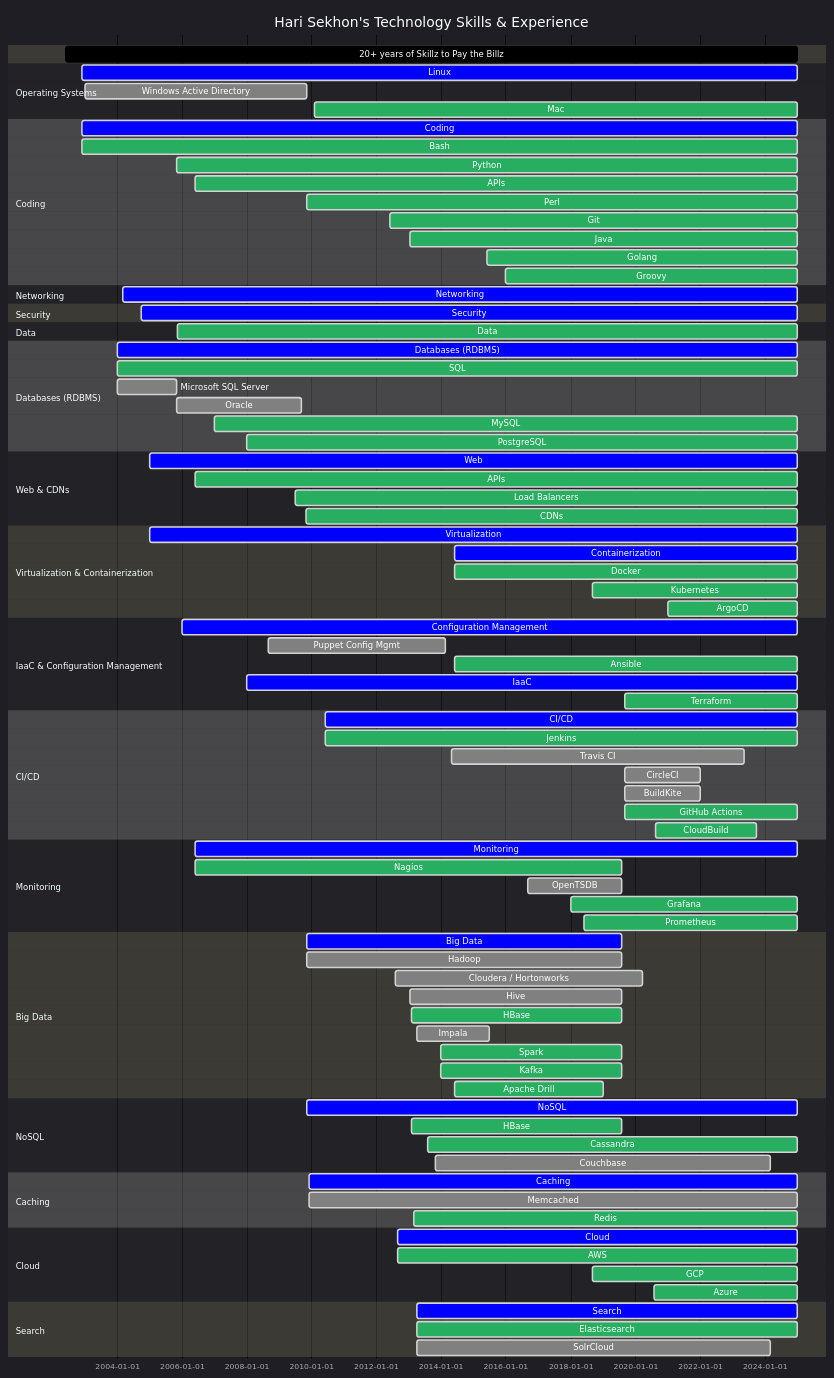
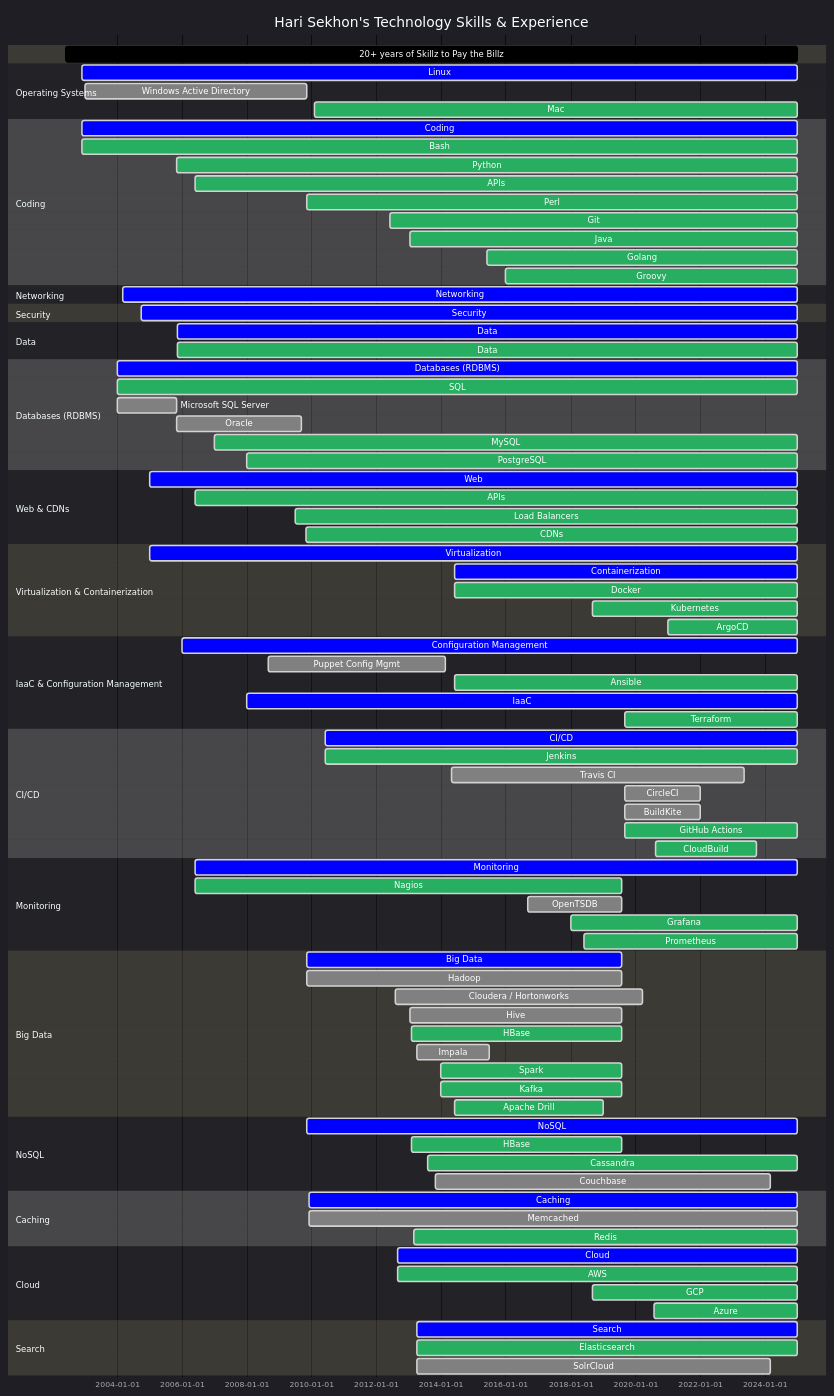
The diagram in README.md (HariSekhon/HariSekhon), drawn with Mermaid before and after one commit.

```diff
--- a/README.md
+++ b/README.md
@@ -362,6 +362,9 @@
     Security               : crit, 2004-10-01, 2024-12-31
     %%Kerberos               : active, 2006-06-01, 2024-12-31
     %%LDAP                   : active, 2006-06-01, 2024-12-31
+
+    section Data
+    Data                   : crit, 2005-11-11, 2024-12-31
 
     section Data
     Data                   : active, 2005-11-11, 2024-12-31
```
